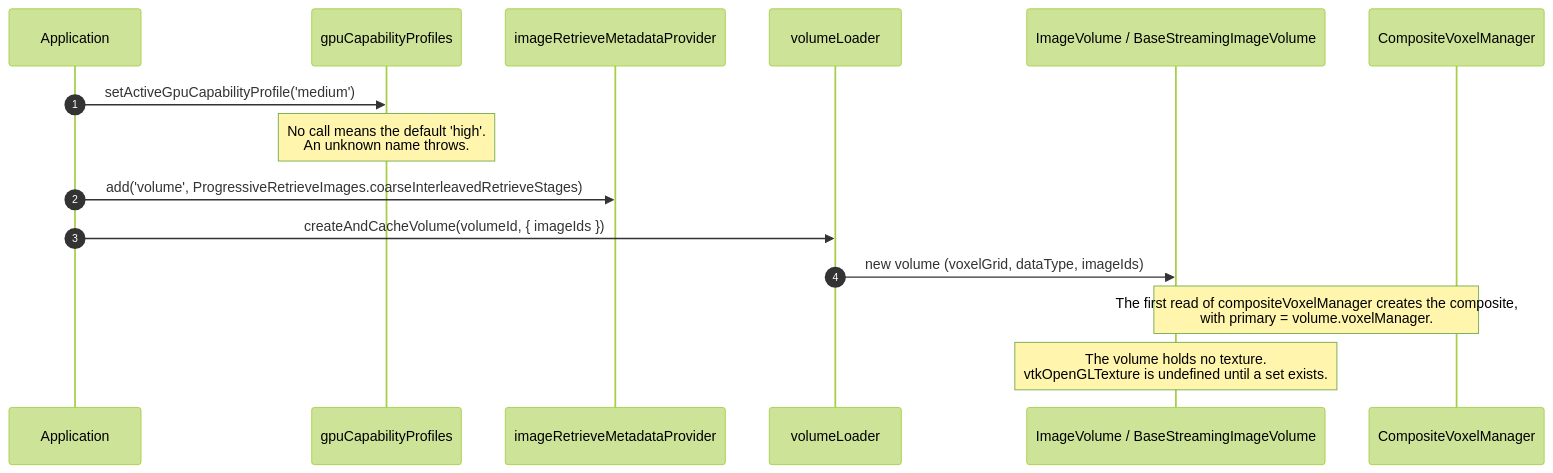
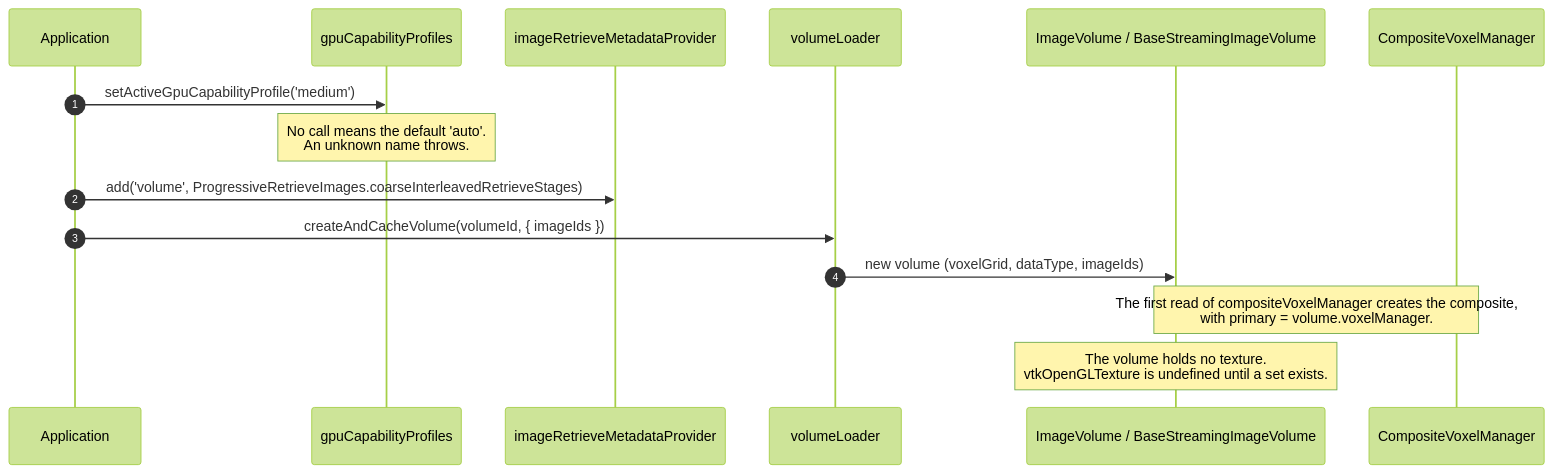
Before and after one commit to cornerstonejs/cornerstone3D: the first of 6 diagrams in packages/docs/docs/concepts/cornerstone-core/volumeRenderSequences.md, drawn with Mermaid (forest theme). The commit also changed other lines of this file and 3 other files, not shown here.

````diff
--- a/packages/docs/docs/concepts/cornerstone-core/volumeRenderSequences.md
+++ b/packages/docs/docs/concepts/cornerstone-core/volumeRenderSequences.md
@@ -45,18 +49,18 @@
 ```mermaid
 sequenceDiagram
     autonumber
     participant App as Application
     participant Prof as gpuCapabilityProfiles
     participant Retr as imageRetrieveMetadataProvider
     participant VL as volumeLoader
     participant Vol as ImageVolume / BaseStreamingImageVolume
     participant CVM as CompositeVoxelManager
 
     App->>Prof: setActiveGpuCapabilityProfile('medium')
-    Note over Prof: No call means the default 'high'.<br/>An unknown name throws.
+    Note over Prof: No call means the default 'auto'.<br/>An unknown name throws.
     App->>Retr: add('volume', ProgressiveRetrieveImages.coarseInterleavedRetrieveStages)
     App->>VL: createAndCacheVolume(volumeId, { imageIds })
     VL->>Vol: new volume (voxelGrid, dataType, imageIds)
     Note over Vol,CVM: The first read of compositeVoxelManager creates the composite,<br/>with primary = volume.voxelManager.
     Note over Vol: The volume holds no texture.<br/>vtkOpenGLTexture is undefined until a set exists.
 ```
````
